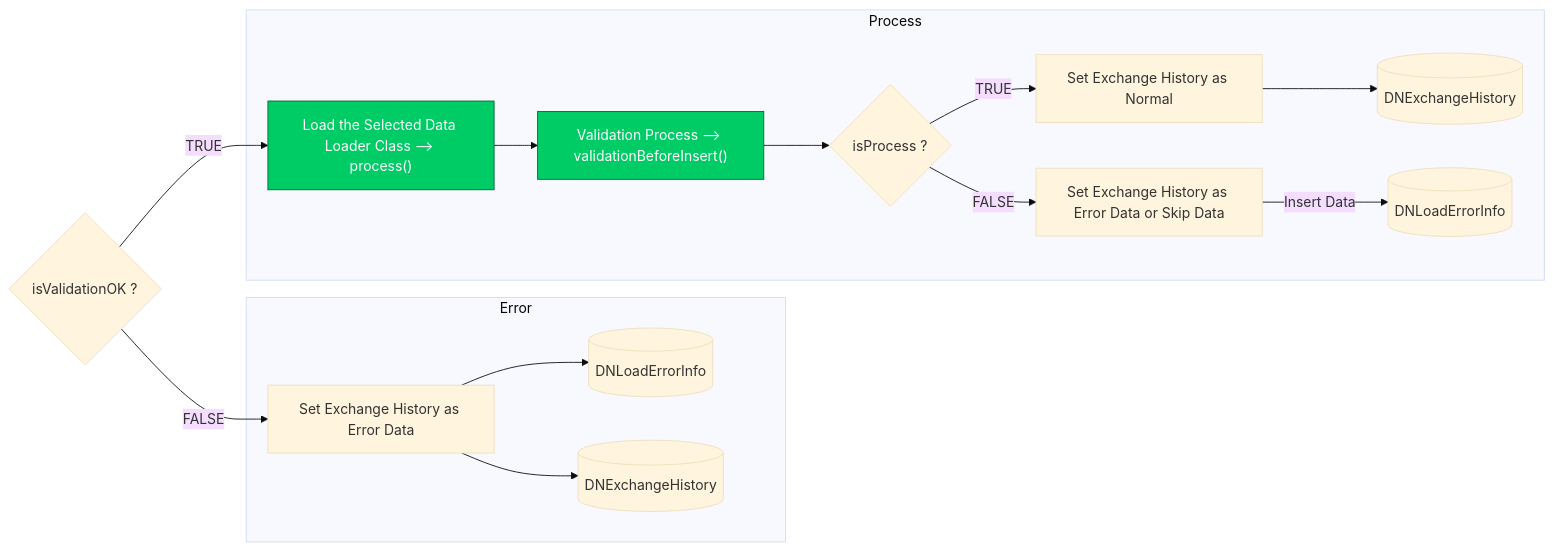
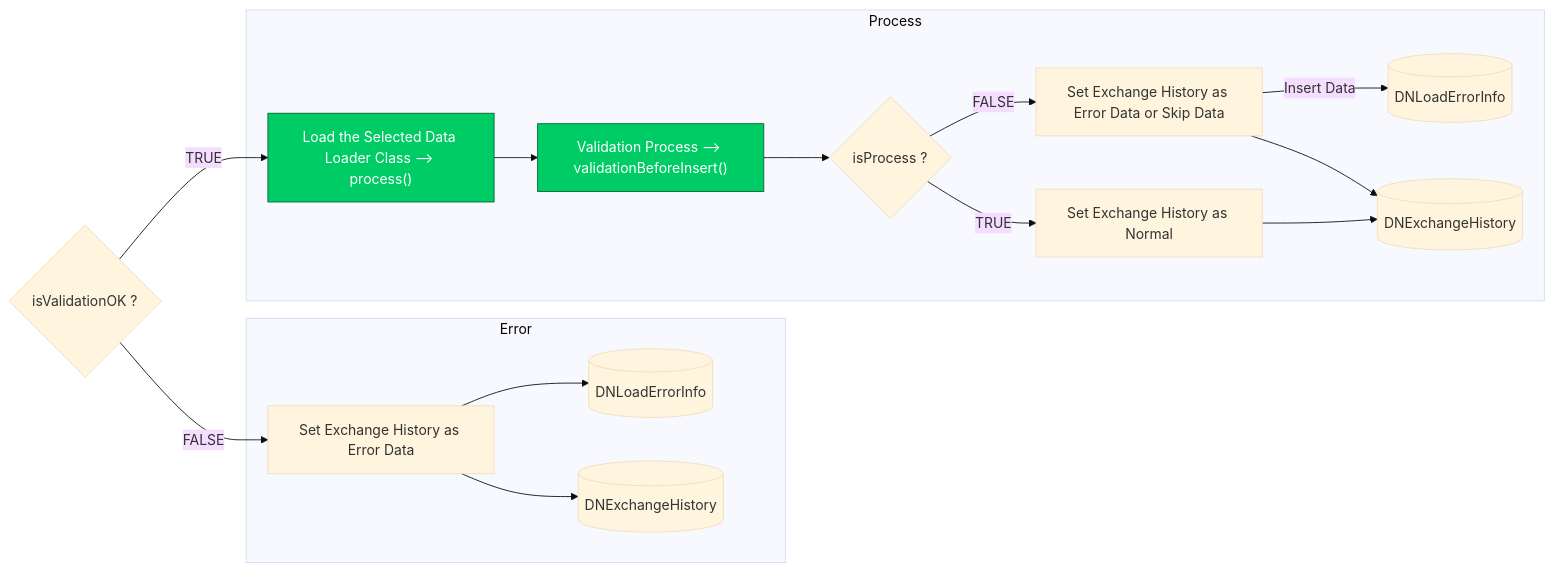
Before and after one commit to luthfiadityaa/SimeDarby-Wiki: the ninth of 9 diagrams in Basic-Design/Host-Interfaces.md, drawn with Mermaid (base theme).

Commit message:
Updated Host Interfaces

```diff
--- a/Basic-Design/Host-Interfaces.md
+++ b/Basic-Design/Host-Interfaces.md
@@ -712,32 +712,33 @@
 ::: mermaid
 flowchart LR
 Cond1{"isValidationOK ?"}
 Cond1 --> |TRUE| B2
 Cond1 --> |FALSE| C2
 X1[(DNExchangeHistory)]
 
 subgraph Error
  C2 --> C3 
  C2 --> C4
  C4[(DNExchangeHistory)]
  C3[(DNLoadErrorInfo)]
  C2["Set Exchange History as Error Data"] 
 end
 
 subgraph Process
  B2 --> B3 --> Cond2
  Cond2{"isProcess ?"}
  B2["Load the Selected Data Loader Class --> process()"]
  B3["Validation Process --> validationBeforeInsert()"]
  B4["Set Exchange History as Error Data or Skip Data"]
  B5["Set Exchange History as Normal"]
  B6[(DNLoadErrorInfo)]
  Cond2 --> |FALSE| B4 --> |Insert Data| B6
+ B4 --> X1
  Cond2 --> |TRUE| B5 --> X1
 end 
 
 click B2 "https://dev.azure.com/Daifuku-SW/ID_SimeDarbyPlantation/_wiki/wikis/ID_SimeDarbyPlantation.wiki/833/Host-Interfaces?anchor=stage-3"
 click B3 "https://dev.azure.com/Daifuku-SW/ID_SimeDarbyPlantation/_wiki/wikis/ID_SimeDarbyPlantation.wiki/833/Host-Interfaces?anchor=stage-4"
 style B2 fill:#00cc66,stroke:#006633,color:#ffffff
 style B3 fill:#00cc66,stroke:#006633,color:#ffffff
 :::
```
